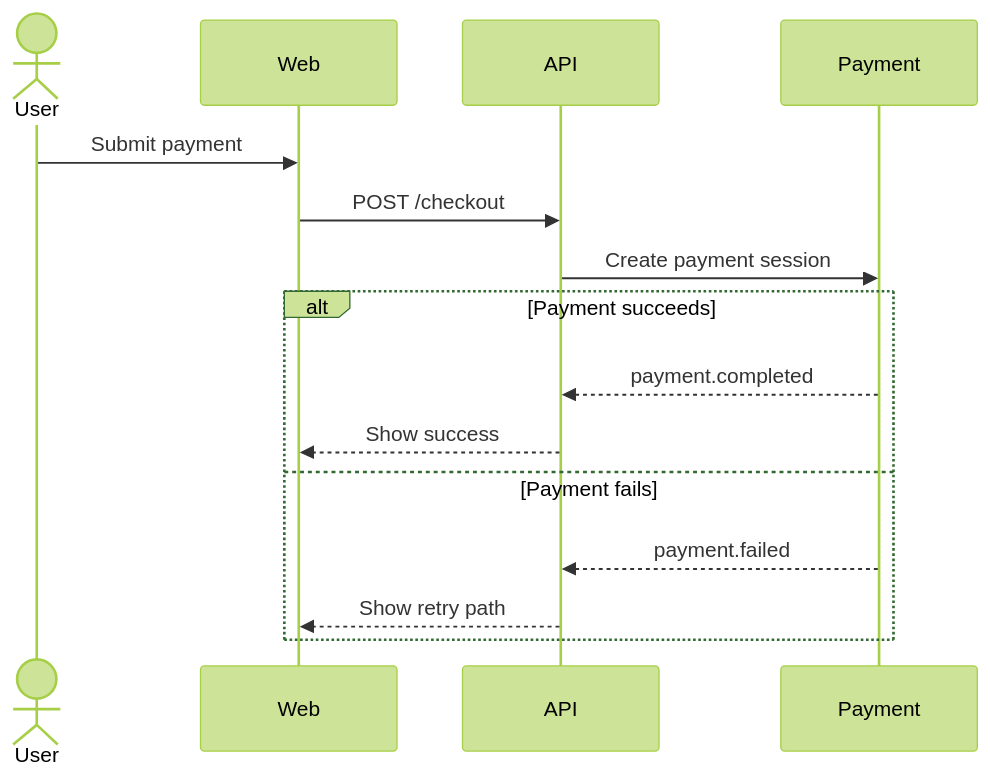
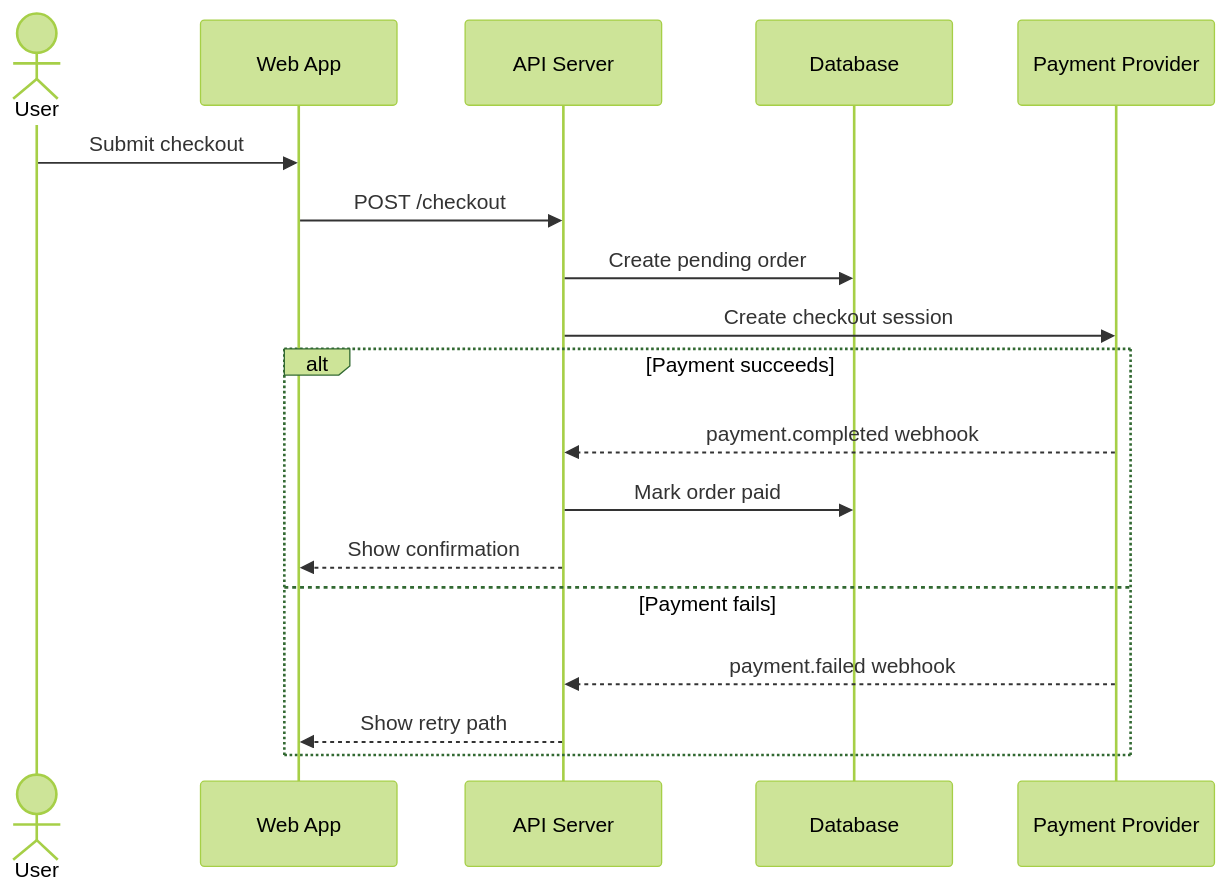
The second of 5 diagrams in plugins/strike/skills/system-visualizer/references/mermaid.md (emanualjade/strike), drawn with Mermaid (forest theme) before and after one commit. The commit also changed other lines of this file and 21 other files, not shown here.

````diff
--- a/plugins/strike/skills/system-visualizer/references/mermaid.md
+++ b/plugins/strike/skills/system-visualizer/references/mermaid.md
@@ -80,18 +64,21 @@
 ```mermaid
 sequenceDiagram
   actor User
-  participant Web
-  participant API
-  participant Payment
+  participant Web as Web App
+  participant API as API Server
+  participant DB as Database
+  participant Payment as Payment Provider
 
-  User->>Web: Submit payment
+  User->>Web: Submit checkout
   Web->>API: POST /checkout
-  API->>Payment: Create payment session
+  API->>DB: Create pending order
+  API->>Payment: Create checkout session
   alt Payment succeeds
-    Payment-->>API: payment.completed
-    API-->>Web: Show success
+    Payment-->>API: payment.completed webhook
+    API->>DB: Mark order paid
+    API-->>Web: Show confirmation
   else Payment fails
-    Payment-->>API: payment.failed
+    Payment-->>API: payment.failed webhook
     API-->>Web: Show retry path
   end
 ```
````
